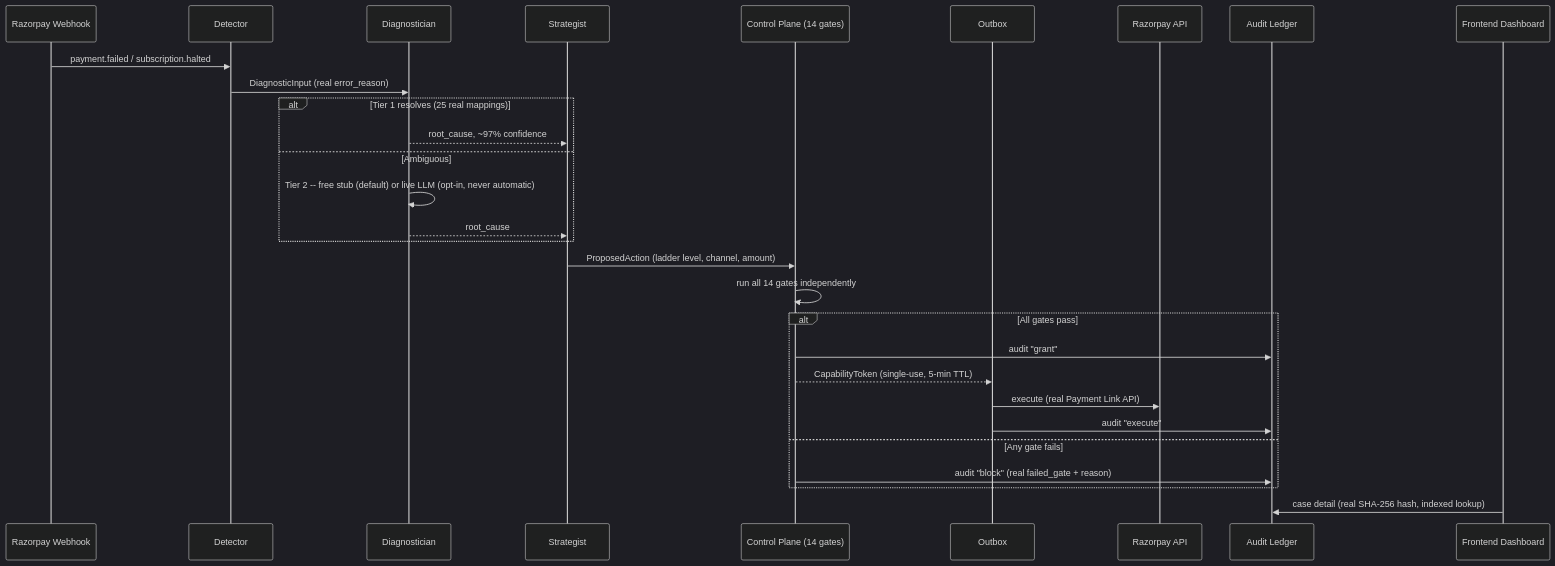
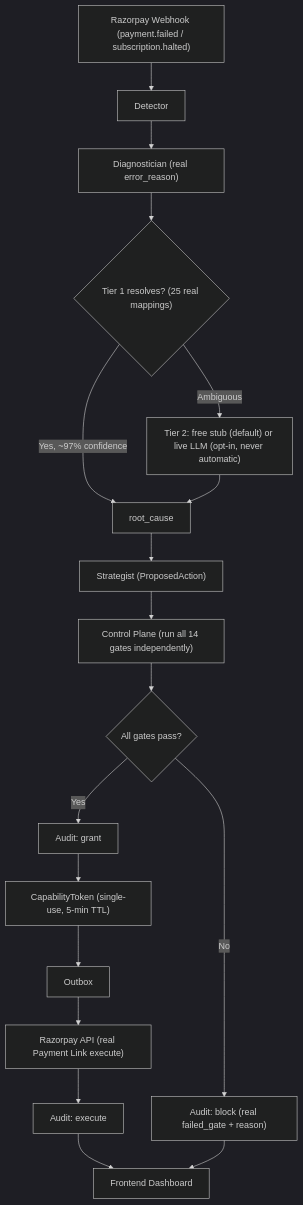
One commit to Subhitcha04/Bakaya-RazorPay-Buildathon changed the second of 3 diagrams in README.md. Above: the diagram before and after it, drawn with Mermaid (dark theme). The commit also changed other lines of this file, not shown here.

Commit message:
Redraw architecture and system-design diagrams as top-to-bottom flowcharts for readability

````diff
--- a/README.md
+++ b/README.md
@@ -81,32 +100,20 @@
 ```mermaid
-sequenceDiagram
-    participant W as Razorpay Webhook
-    participant D as Detector
-    participant Dx as Diagnostician
-    participant S as Strategist
-    participant CP as Control Plane (14 gates)
-    participant O as Outbox
-    participant R as Razorpay API
-    participant A as Audit Ledger
-    participant F as Frontend Dashboard
-
-    W->>D: payment.failed / subscription.halted
-    D->>Dx: DiagnosticInput (real error_reason)
-    alt Tier 1 resolves (25 real mappings)
-        Dx-->>S: root_cause, ~97% confidence
-    else Ambiguous
-        Dx->>Dx: Tier 2 -- free stub (default) or live LLM (opt-in, never automatic)
-        Dx-->>S: root_cause
-    end
-    S->>CP: ProposedAction (ladder level, channel, amount)
-    CP->>CP: run all 14 gates independently
-    alt All gates pass
-        CP->>A: audit "grant"
-        CP-->>O: CapabilityToken (single-use, 5-min TTL)
-        O->>R: execute (real Payment Link API)
-        O->>A: audit "execute"
-    else Any gate fails
-        CP->>A: audit "block" (real failed_gate + reason)
-    end
-    F->>A: case detail (real SHA-256 hash, indexed lookup)
+flowchart TB
+    W["Razorpay Webhook (payment.failed / subscription.halted)"] --> D["Detector"]
+    D --> Dx["Diagnostician (real error_reason)"]
+    Dx --> T1{"Tier 1 resolves? (25 real mappings)"}
+    T1 -->|"Yes, ~97% confidence"| RC["root_cause"]
+    T1 -->|"Ambiguous"| T2["Tier 2: free stub (default) or live LLM (opt-in, never automatic)"]
+    T2 --> RC
+    RC --> S["Strategist (ProposedAction)"]
+    S --> CP["Control Plane (run all 14 gates independently)"]
+    CP --> G{"All gates pass?"}
+    G -->|"Yes"| Grant["Audit: grant"]
+    Grant --> Token["CapabilityToken (single-use, 5-min TTL)"]
+    Token --> O["Outbox"]
+    O --> R["Razorpay API (real Payment Link execute)"]
+    R --> Exec["Audit: execute"]
+    G -->|"No"| Block["Audit: block (real failed_gate + reason)"]
+    Exec --> Dash["Frontend Dashboard"]
+    Block --> Dash
 ```
````
